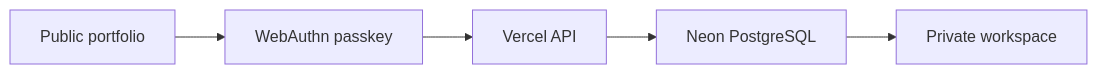
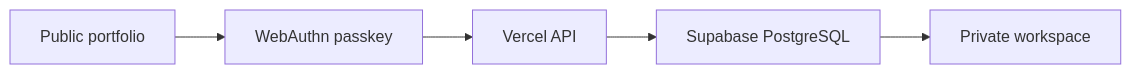
One commit to coding-jhj/aleph-first-homework changed the diagram in README.md. Above: the diagram before and after it, drawn with Mermaid. The commit also changed other lines of this file and 23 other files, not shown here.

```diff
--- a/README.md
+++ b/README.md
@@ -37,7 +37,7 @@
 ~~~mermaid
 flowchart LR
     A["Public portfolio"] --> B["WebAuthn passkey"]
     B --> C["Vercel API"]
-    C --> D["Neon PostgreSQL"]
+    C --> D["Supabase PostgreSQL"]
     D --> E["Private workspace"]
 ~~~
```
